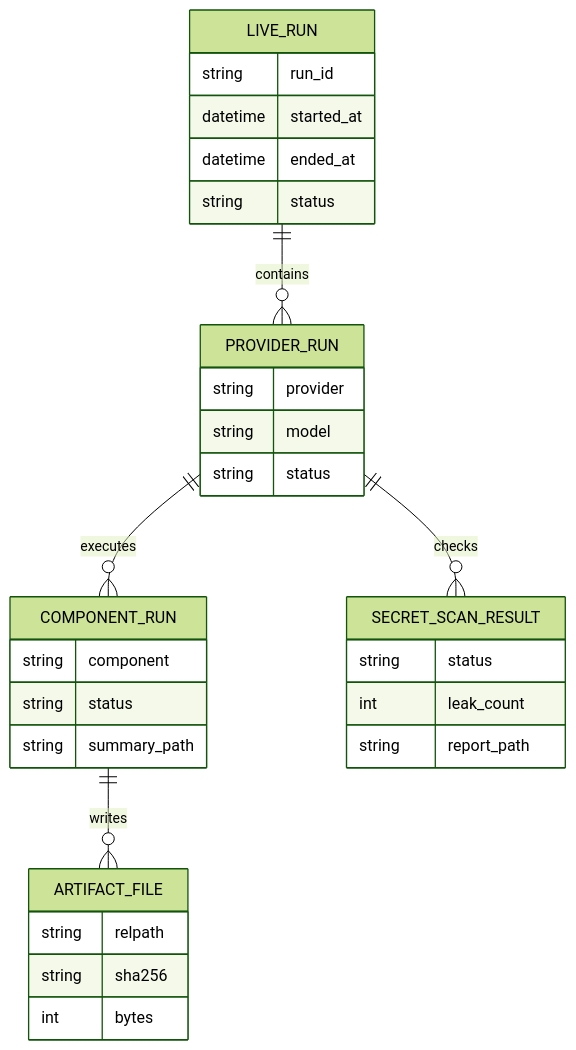
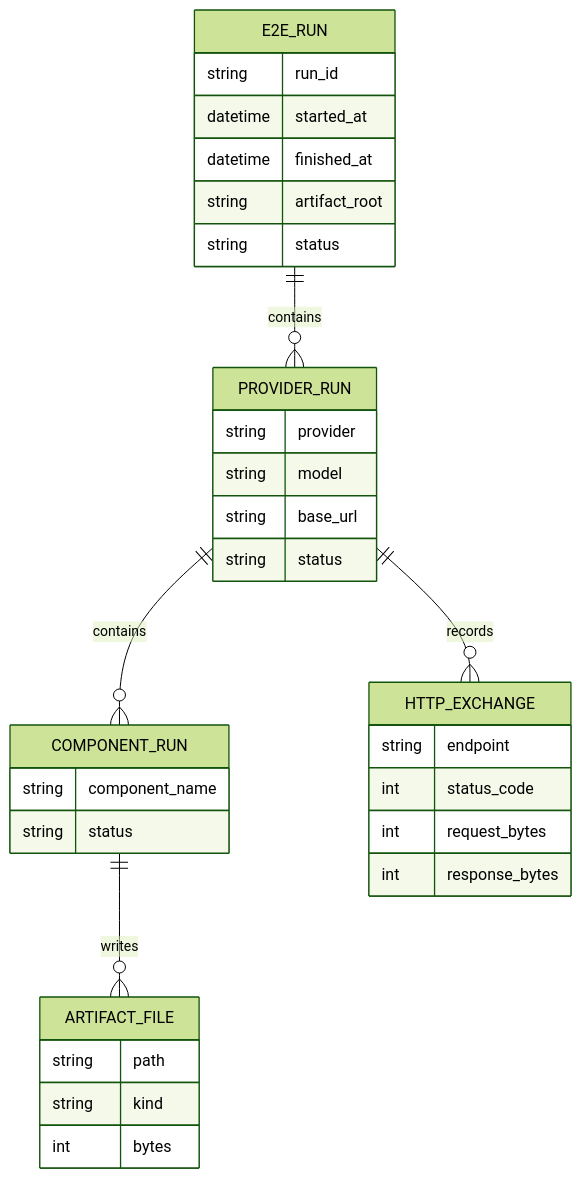
The second of 5 diagrams in docs/sprints/SPRINT-004-comprehensive-implementation-plan.md (jaytaylor/attractor-tcl), drawn with Mermaid (forest theme) before and after one commit. The commit also changed other lines of this file, not shown here.

````diff
--- a/docs/sprints/SPRINT-004-comprehensive-implementation-plan.md
+++ b/docs/sprints/SPRINT-004-comprehensive-implementation-plan.md
@@ -1132,38 +465,40 @@
 ```mermaid
 erDiagram
-  LIVE_RUN ||--o{ PROVIDER_RUN : contains
-  PROVIDER_RUN ||--o{ COMPONENT_RUN : executes
+  E2E_RUN ||--o{ PROVIDER_RUN : contains
+  PROVIDER_RUN ||--o{ COMPONENT_RUN : contains
   COMPONENT_RUN ||--o{ ARTIFACT_FILE : writes
-  PROVIDER_RUN ||--o{ SECRET_SCAN_RESULT : checks
+  PROVIDER_RUN ||--o{ HTTP_EXCHANGE : records
 
-  LIVE_RUN {
+  E2E_RUN {
     string run_id
     datetime started_at
-    datetime ended_at
+    datetime finished_at
+    string artifact_root
     string status
   }
 
   PROVIDER_RUN {
     string provider
     string model
+    string base_url
     string status
   }
 
   COMPONENT_RUN {
-    string component
+    string component_name
     string status
-    string summary_path
   }
 
   ARTIFACT_FILE {
-    string relpath
-    string sha256
+    string path
+    string kind
     int bytes
   }
 
-  SECRET_SCAN_RESULT {
-    string status
-    int leak_count
-    string report_path
+  HTTP_EXCHANGE {
+    string endpoint
+    int status_code
+    int request_bytes
+    int response_bytes
   }
 ```
````
